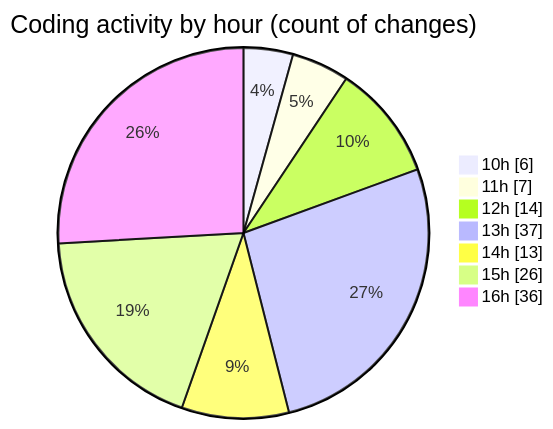
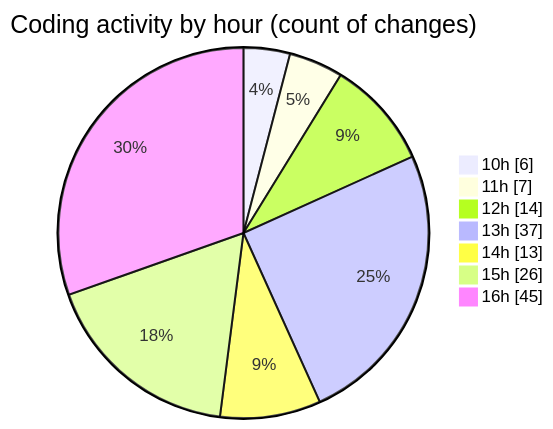
Before and after one commit to momahboobian/code-tracking: the second of 2 diagrams in 2025-06-23/cda/README.md, drawn with Mermaid. The commit also changed other lines of this file and 1 other file, not shown here.

````diff
--- a/2025-06-23/cda/README.md
+++ b/2025-06-23/cda/README.md
@@ -50,11 +50,11 @@
 ```mermaid
 pie showData
 title Coding activity by hour (count of changes)
 "10h" : 6
 "11h" : 7
 "12h" : 14
 "13h" : 37
 "14h" : 13
 "15h" : 26
-"16h" : 36
+"16h" : 45
 ```
````
